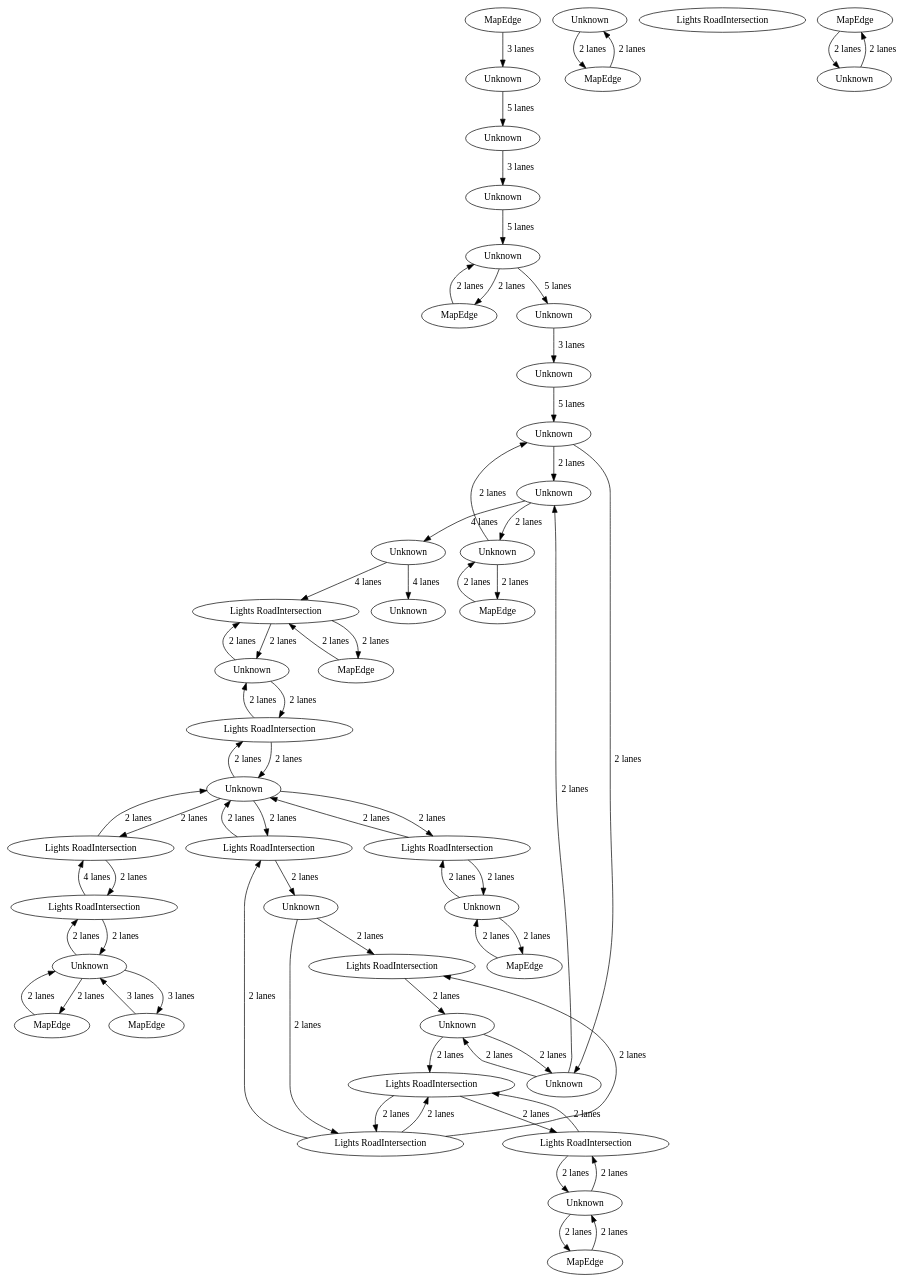
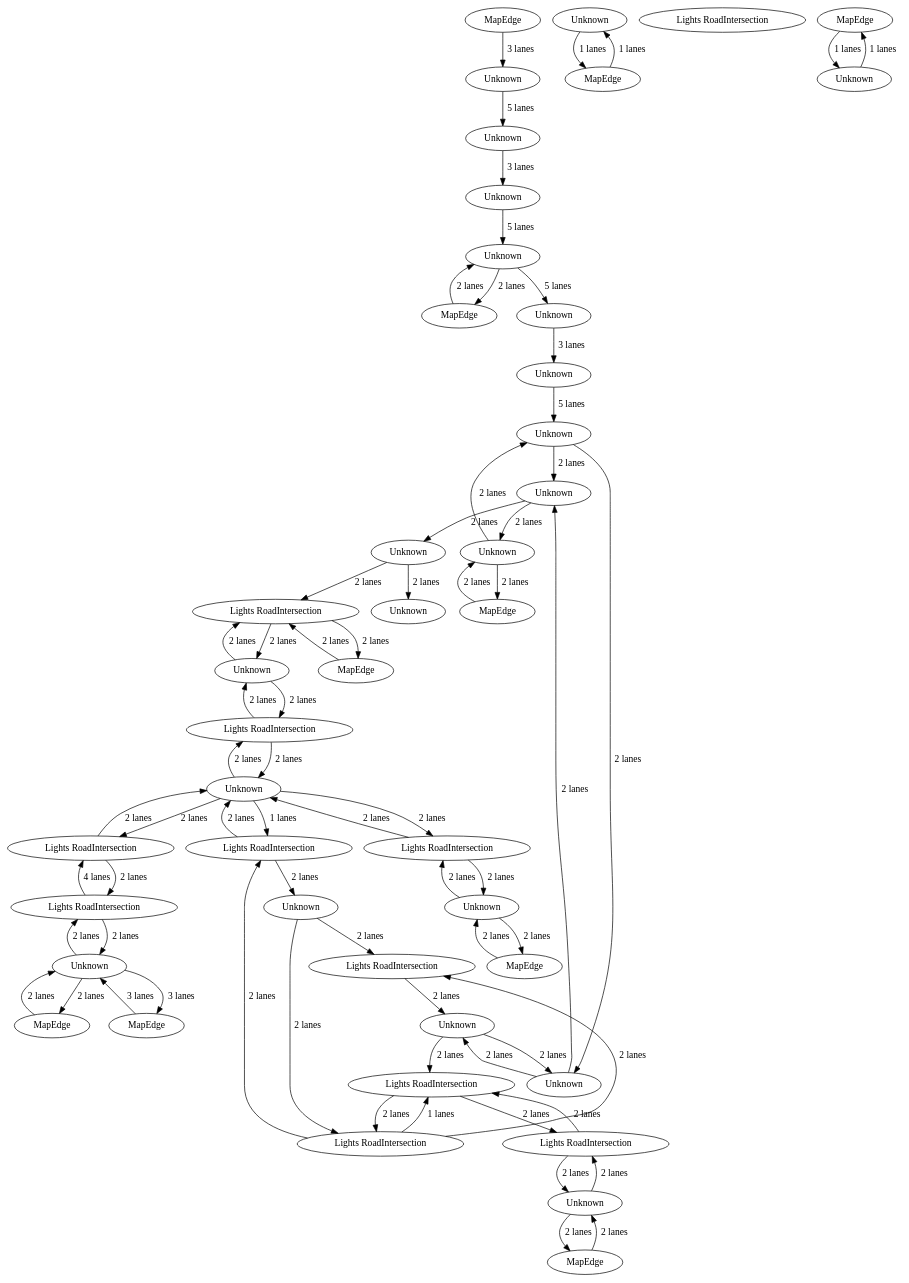
One commit to a-b-street/osm2streets changed the diagram in src/borough_sausage_links/road_network.dot. Above: the diagram before and after it, drawn with Graphviz. The commit also changed 13 other files, not shown here.

```diff
--- a/src/borough_sausage_links/road_network.dot
+++ b/src/borough_sausage_links/road_network.dot
@@ -1,110 +1,110 @@
 digraph {
     0 [ label = "MapEdge" ]
     1 [ label = "MapEdge" ]
     2 [ label = "MapEdge" ]
     3 [ label = "MapEdge" ]
     4 [ label = "Unknown" ]
     5 [ label = "Unknown" ]
     6 [ label = "Unknown" ]
     7 [ label = "Unknown" ]
     8 [ label = "Unknown" ]
     9 [ label = "Unknown" ]
     10 [ label = "MapEdge" ]
     11 [ label = "MapEdge" ]
     12 [ label = "Lights RoadIntersection" ]
     13 [ label = "MapEdge" ]
     14 [ label = "Unknown" ]
     15 [ label = "MapEdge" ]
     16 [ label = "Unknown" ]
     17 [ label = "Lights RoadIntersection" ]
     18 [ label = "Unknown" ]
     19 [ label = "Lights RoadIntersection" ]
     20 [ label = "Unknown" ]
     21 [ label = "Unknown" ]
     22 [ label = "Unknown" ]
     23 [ label = "Lights RoadIntersection" ]
     24 [ label = "MapEdge" ]
     25 [ label = "Unknown" ]
     26 [ label = "Lights RoadIntersection" ]
     27 [ label = "Unknown" ]
     28 [ label = "Lights RoadIntersection" ]
     29 [ label = "Unknown" ]
     30 [ label = "Unknown" ]
     31 [ label = "Unknown" ]
     32 [ label = "Unknown" ]
     33 [ label = "Lights RoadIntersection" ]
     34 [ label = "Lights RoadIntersection" ]
     35 [ label = "Lights RoadIntersection" ]
     36 [ label = "Lights RoadIntersection" ]
     37 [ label = "Unknown" ]
     38 [ label = "Lights RoadIntersection" ]
     39 [ label = "MapEdge" ]
     40 [ label = "Unknown" ]
     41 [ label = "Unknown" ]
-    15 -> 6 [ label = "2 lanes" ]
-    6 -> 15 [ label = "2 lanes" ]
+    15 -> 6 [ label = "1 lanes" ]
+    6 -> 15 [ label = "1 lanes" ]
     10 -> 9 [ label = "2 lanes" ]
     9 -> 10 [ label = "2 lanes" ]
     3 -> 4 [ label = "2 lanes" ]
     4 -> 3 [ label = "2 lanes" ]
     9 -> 32 [ label = "5 lanes" ]
     2 -> 14 [ label = "2 lanes" ]
     14 -> 2 [ label = "2 lanes" ]
     22 -> 29 [ label = "2 lanes" ]
     29 -> 22 [ label = "2 lanes" ]
-    37 -> 38 [ label = "2 lanes" ]
+    37 -> 38 [ label = "1 lanes" ]
     38 -> 37 [ label = "2 lanes" ]
     4 -> 1 [ label = "3 lanes" ]
     1 -> 4 [ label = "3 lanes" ]
     17 -> 35 [ label = "4 lanes" ]
     5 -> 33 [ label = "2 lanes" ]
     7 -> 26 [ label = "2 lanes" ]
     8 -> 16 [ label = "2 lanes" ]
     16 -> 29 [ label = "2 lanes" ]
     26 -> 7 [ label = "2 lanes" ]
     14 -> 34 [ label = "2 lanes" ]
     19 -> 22 [ label = "2 lanes" ]
     18 -> 28 [ label = "2 lanes" ]
     18 -> 19 [ label = "2 lanes" ]
     37 -> 35 [ label = "2 lanes" ]
     35 -> 37 [ label = "2 lanes" ]
     13 -> 36 [ label = "2 lanes" ]
     36 -> 13 [ label = "2 lanes" ]
     36 -> 5 [ label = "2 lanes" ]
     5 -> 36 [ label = "2 lanes" ]
     7 -> 24 [ label = "2 lanes" ]
     24 -> 7 [ label = "2 lanes" ]
     16 -> 27 [ label = "2 lanes" ]
     28 -> 38 [ label = "2 lanes" ]
     28 -> 19 [ label = "2 lanes" ]
     0 -> 41 [ label = "3 lanes" ]
     27 -> 8 [ label = "2 lanes" ]
     29 -> 27 [ label = "2 lanes" ]
     25 -> 31 [ label = "3 lanes" ]
-    21 -> 36 [ label = "4 lanes" ]
+    21 -> 36 [ label = "2 lanes" ]
     32 -> 30 [ label = "3 lanes" ]
     31 -> 9 [ label = "5 lanes" ]
-    21 -> 20 [ label = "4 lanes" ]
+    21 -> 20 [ label = "2 lanes" ]
     8 -> 11 [ label = "2 lanes" ]
     11 -> 8 [ label = "2 lanes" ]
     23 -> 26 [ label = "2 lanes" ]
     26 -> 23 [ label = "2 lanes" ]
     30 -> 16 [ label = "5 lanes" ]
     22 -> 23 [ label = "2 lanes" ]
     35 -> 17 [ label = "2 lanes" ]
     17 -> 4 [ label = "2 lanes" ]
     4 -> 17 [ label = "2 lanes" ]
     33 -> 37 [ label = "2 lanes" ]
     37 -> 33 [ label = "2 lanes" ]
     38 -> 18 [ label = "2 lanes" ]
     34 -> 14 [ label = "2 lanes" ]
     33 -> 5 [ label = "2 lanes" ]
-    28 -> 23 [ label = "2 lanes" ]
+    28 -> 23 [ label = "1 lanes" ]
     23 -> 28 [ label = "2 lanes" ]
     34 -> 37 [ label = "2 lanes" ]
     37 -> 34 [ label = "2 lanes" ]
-    39 -> 40 [ label = "2 lanes" ]
-    40 -> 39 [ label = "2 lanes" ]
-    27 -> 21 [ label = "4 lanes" ]
+    39 -> 40 [ label = "1 lanes" ]
+    40 -> 39 [ label = "1 lanes" ]
+    27 -> 21 [ label = "2 lanes" ]
     41 -> 25 [ label = "5 lanes" ]
 }
```
